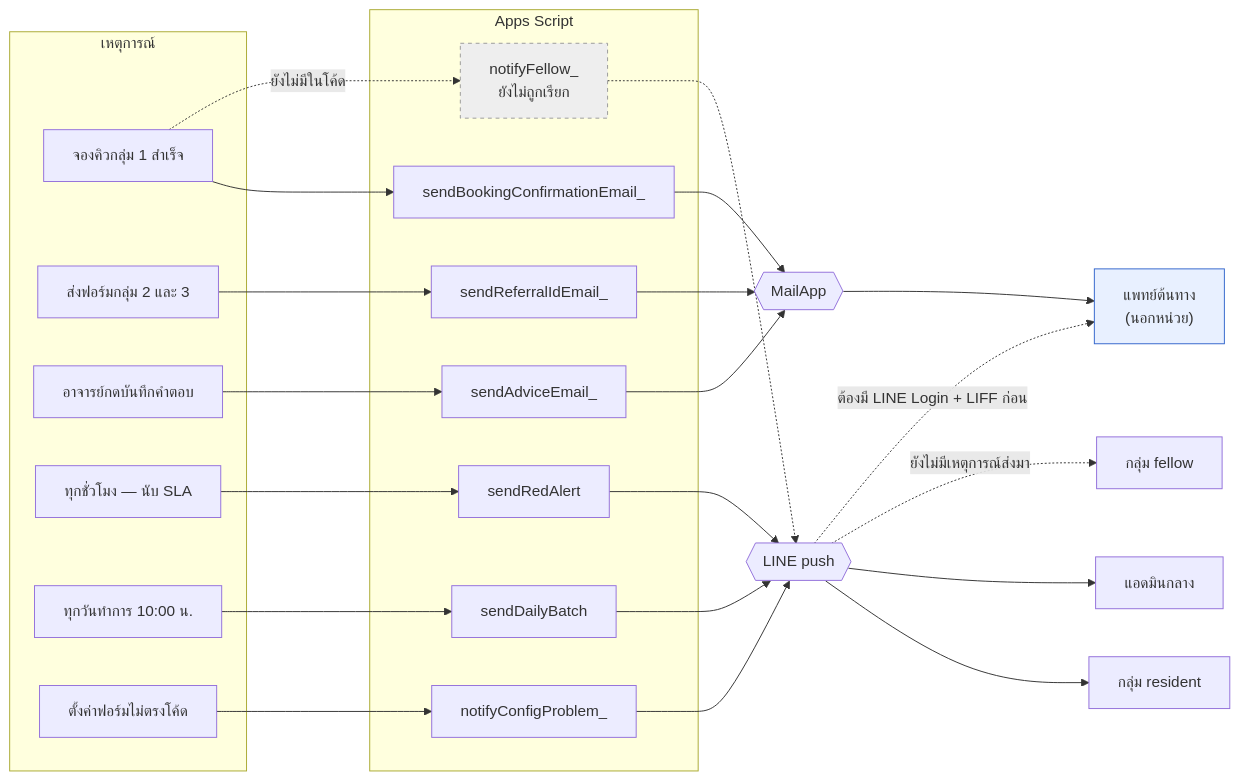
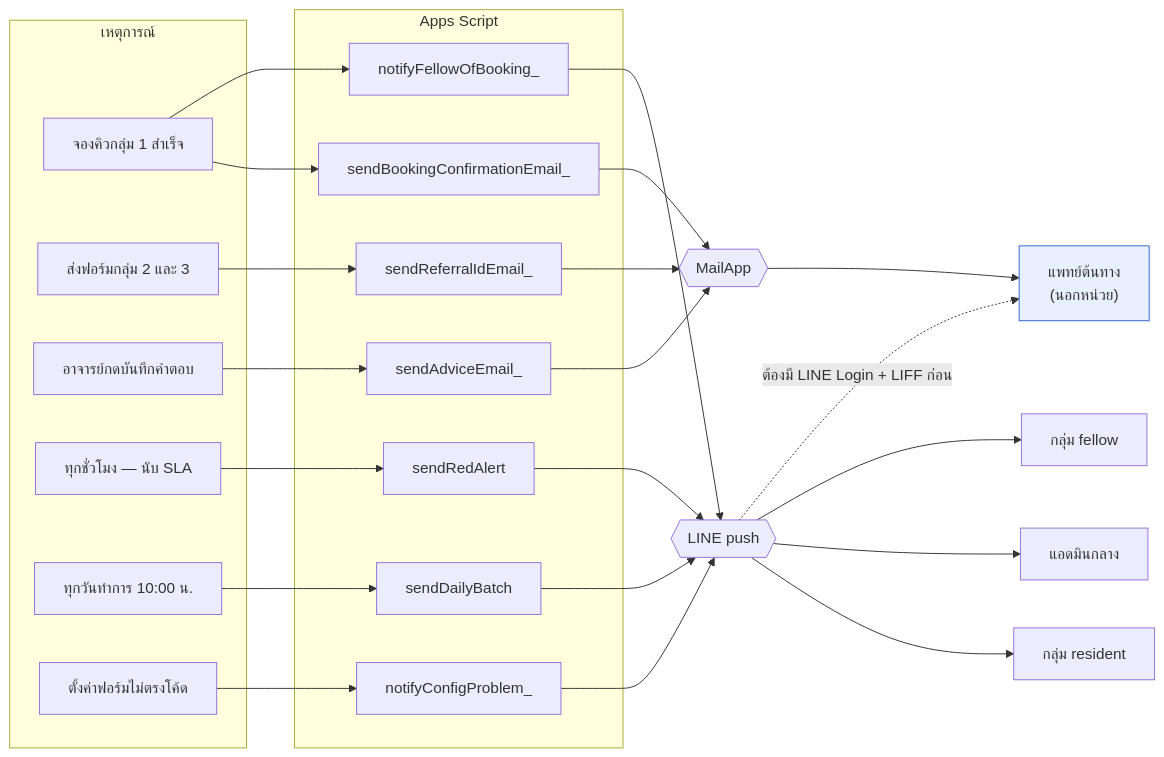
Before and after one commit to prhdev222/SiBMT_14: the fourth of 4 diagrams in docs/ARCHITECTURE.md, drawn with Mermaid. The commit also changed other lines of this file and 4 other files, not shown here.

````diff
--- a/docs/ARCHITECTURE.md
+++ b/docs/ARCHITECTURE.md
@@ -207,48 +211,46 @@
 ```mermaid
 graph LR
     subgraph events["เหตุการณ์"]
         E1["จองคิวกลุ่ม 1 สำเร็จ"]
         E2["ส่งฟอร์มกลุ่ม 2 และ 3"]
         E3["อาจารย์กดบันทึกคำตอบ"]
         E4["ทุกชั่วโมง — นับ SLA"]
         E5["ทุกวันทำการ 10:00 น."]
         E6["ตั้งค่าฟอร์มไม่ตรงโค้ด"]
     end
 
     subgraph fn["Apps Script"]
         F1["sendBookingConfirmationEmail_"]
         F2["sendReferralIdEmail_"]
         F3["sendAdviceEmail_"]
         F4["sendRedAlert"]
         F5["sendDailyBatch"]
         F6["notifyConfigProblem_"]
-        F7["notifyFellow_<br/>ยังไม่ถูกเรียก"]
+        F7["notifyFellowOfBooking_"]
     end
 
     MAIL{{"MailApp"}}
     LINE{{"LINE push"}}
 
     OUT["แพทย์ต้นทาง<br/>(นอกหน่วย)"]
     RES["กลุ่ม resident"]
     ADM["แอดมินกลาง"]
     FEL["กลุ่ม fellow"]
 
     E1 --> F1 --> MAIL
     E2 --> F2 --> MAIL
     E3 --> F3 --> MAIL
     MAIL --> OUT
 
     E4 --> F4 --> LINE
     E5 --> F5 --> LINE
     E6 --> F6 --> LINE
     LINE --> RES
     LINE --> ADM
 
-    E1 -.->|"ยังไม่มีในโค้ด"| F7
-    F7 -.-> LINE
-    LINE -.->|"ยังไม่มีเหตุการณ์ส่งมา"| FEL
+    E1 --> F7 --> LINE
+    LINE --> FEL
     LINE -.->|"ต้องมี LINE Login + LIFF ก่อน"| OUT
 
-    style F7 fill:#eee,stroke:#999,stroke-dasharray:4
     style OUT fill:#e8f0ff,stroke:#36c
 ```
````
